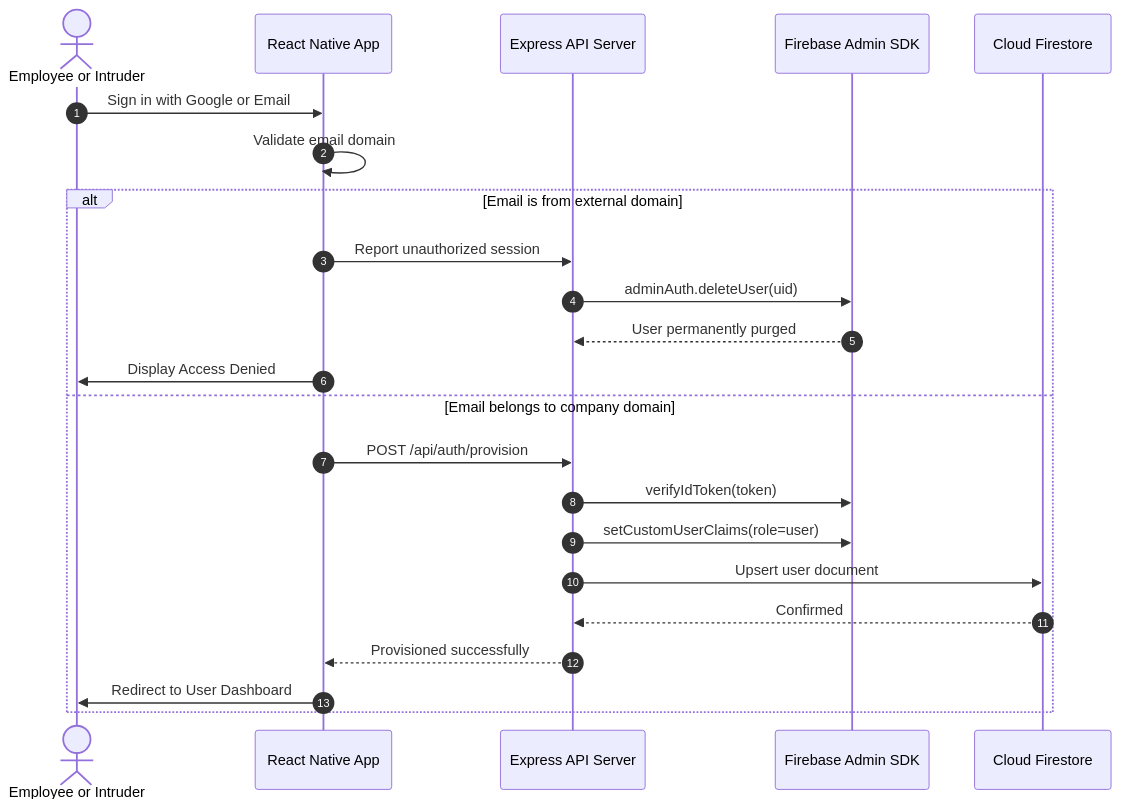
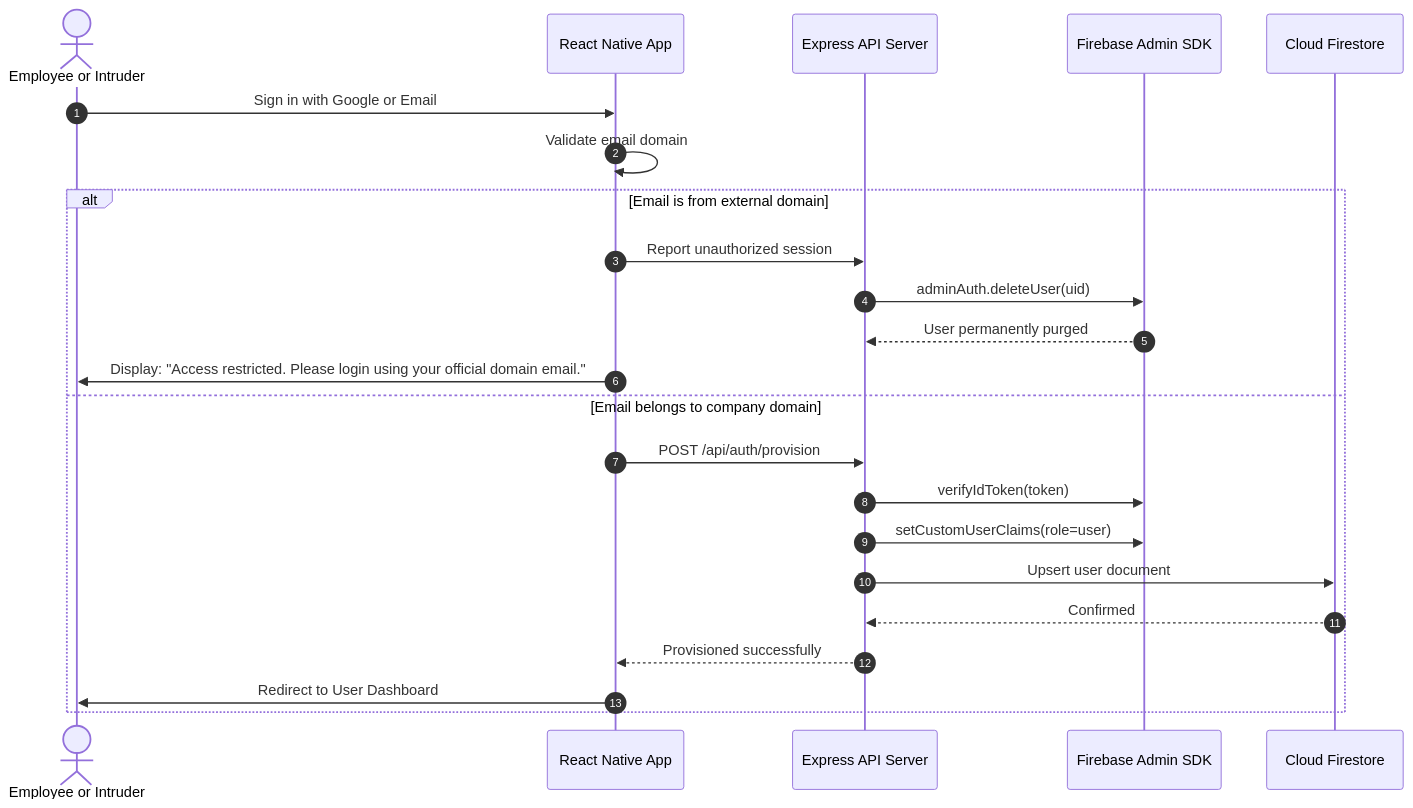
The second of 2 diagrams in README.md (vishalkhadatare/HBPlus.Assesment), drawn with Mermaid before and after one commit. The commit also changed other lines of this file and 5 other files, not shown here.

````diff
--- a/README.md
+++ b/README.md
@@ -230,26 +289,26 @@
 ```mermaid
 sequenceDiagram
     autonumber
     actor Employee as Employee or Intruder
     participant Client as React Native App
     participant API as Express API Server
     participant AdminSDK as Firebase Admin SDK
     participant Firestore as Cloud Firestore
 
     Employee->>Client: Sign in with Google or Email
     Client->>Client: Validate email domain
     alt Email is from external domain
         Client->>API: Report unauthorized session
         API->>AdminSDK: adminAuth.deleteUser(uid)
         AdminSDK-->>API: User permanently purged
-        Client->>Employee: Display Access Denied
+        Client->>Employee: Display: "Access restricted. Please login using your official domain email."
     else Email belongs to company domain
         Client->>API: POST /api/auth/provision
         API->>AdminSDK: verifyIdToken(token)
         API->>AdminSDK: setCustomUserClaims(role=user)
         API->>Firestore: Upsert user document
         Firestore-->>API: Confirmed
         API-->>Client: Provisioned successfully
         Client->>Employee: Redirect to User Dashboard
     end
 ```
````
